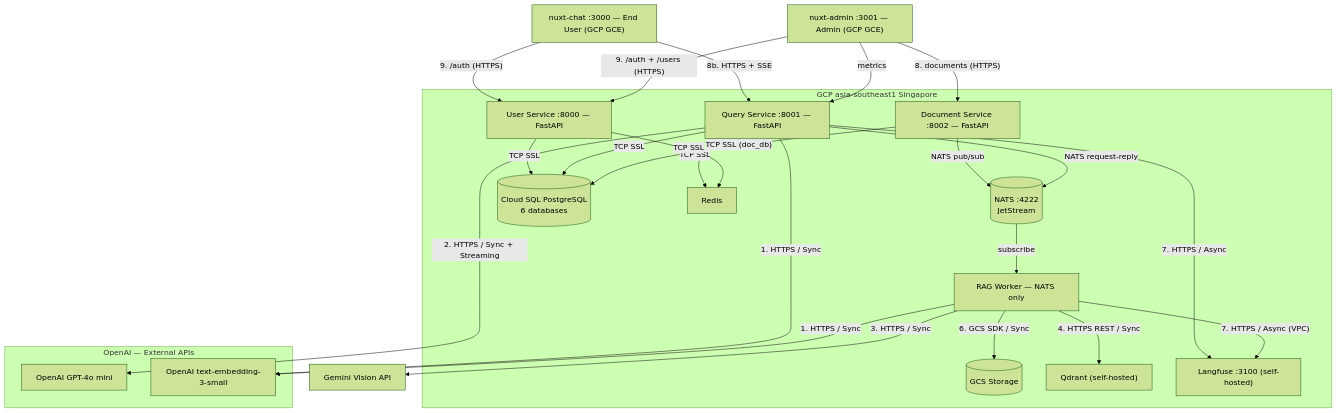
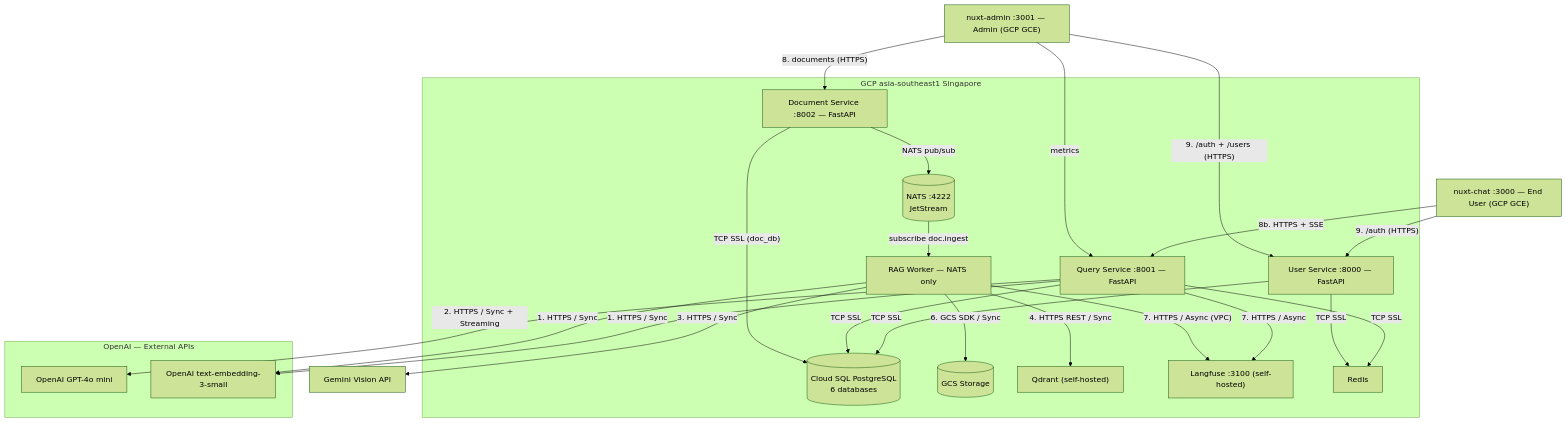
One commit to cds0987/DA08-VSF-AI changed the fourth of 6 diagrams in docs/SA_RAG_Chatbot_Final.md. Above: the diagram before and after it, drawn with Mermaid (forest theme). The commit also changed other lines of this file and 10 other files, not shown here.

````diff
--- a/docs/SA_RAG_Chatbot_Final.md
+++ b/docs/SA_RAG_Chatbot_Final.md
@@ -476,46 +471,45 @@
 ```mermaid
 flowchart TB
     CHAT["nuxt-chat :3000 — End User (GCP GCE)"]
     ADMIN["nuxt-admin :3001 — Admin (GCP GCE)"]
 
     subgraph GCP["GCP asia-southeast1 Singapore"]
         USVC["User Service :8000 — FastAPI"]
         INGEST["Document Service :8002 — FastAPI"]
         QUERY["Query Service :8001 — FastAPI"]
         RAG["RAG Worker — NATS only"]
         NATS_B[("NATS :4222\nJetStream")]
         PG[("Cloud SQL PostgreSQL\n6 databases")]
         GCS[("GCS Storage")]
         QDRANT["Qdrant (self-hosted)"]
         LF["Langfuse :3100 (self-hosted)"]
         REDIS["Redis"]
     end
 
     subgraph OPENAI_EXT["OpenAI — External APIs"]
         AOAI["OpenAI GPT-4o mini"]
         EMB_API["OpenAI text-embedding-3-small"]
     end
     GEMINI_EXT["Gemini Vision API"]
 
     CHAT -- "9. /auth (HTTPS)" --> USVC
     ADMIN -- "9. /auth + /users (HTTPS)" --> USVC
     CHAT -- "8b. HTTPS + SSE" --> QUERY
     ADMIN -- "8. documents (HTTPS)" --> INGEST
     ADMIN -- "metrics" --> QUERY
     USVC -- "TCP SSL" --> PG
     QUERY -- "TCP SSL" --> PG
     INGEST -- "TCP SSL (doc_db)" --> PG
     QUERY -- "2. HTTPS / Sync + Streaming" --> AOAI
     QUERY -- "1. HTTPS / Sync" --> EMB_API
     RAG -- "1. HTTPS / Sync" --> EMB_API
     RAG -- "3. HTTPS / Sync" --> GEMINI_EXT
     RAG -- "4. HTTPS REST / Sync" --> QDRANT
     RAG -- "6. GCS SDK / Sync" --> GCS
     QUERY -- "7. HTTPS / Async" --> LF
     RAG -- "7. HTTPS / Async (VPC)" --> LF
     INGEST -- "NATS pub/sub" --> NATS_B
-    QUERY -- "NATS request-reply" --> NATS_B
-    NATS_B -- "subscribe" --> RAG
+    NATS_B -- "subscribe doc.ingest" --> RAG
     QUERY -- "TCP SSL" --> REDIS
     USVC -- "TCP SSL" --> REDIS
 ```
````
